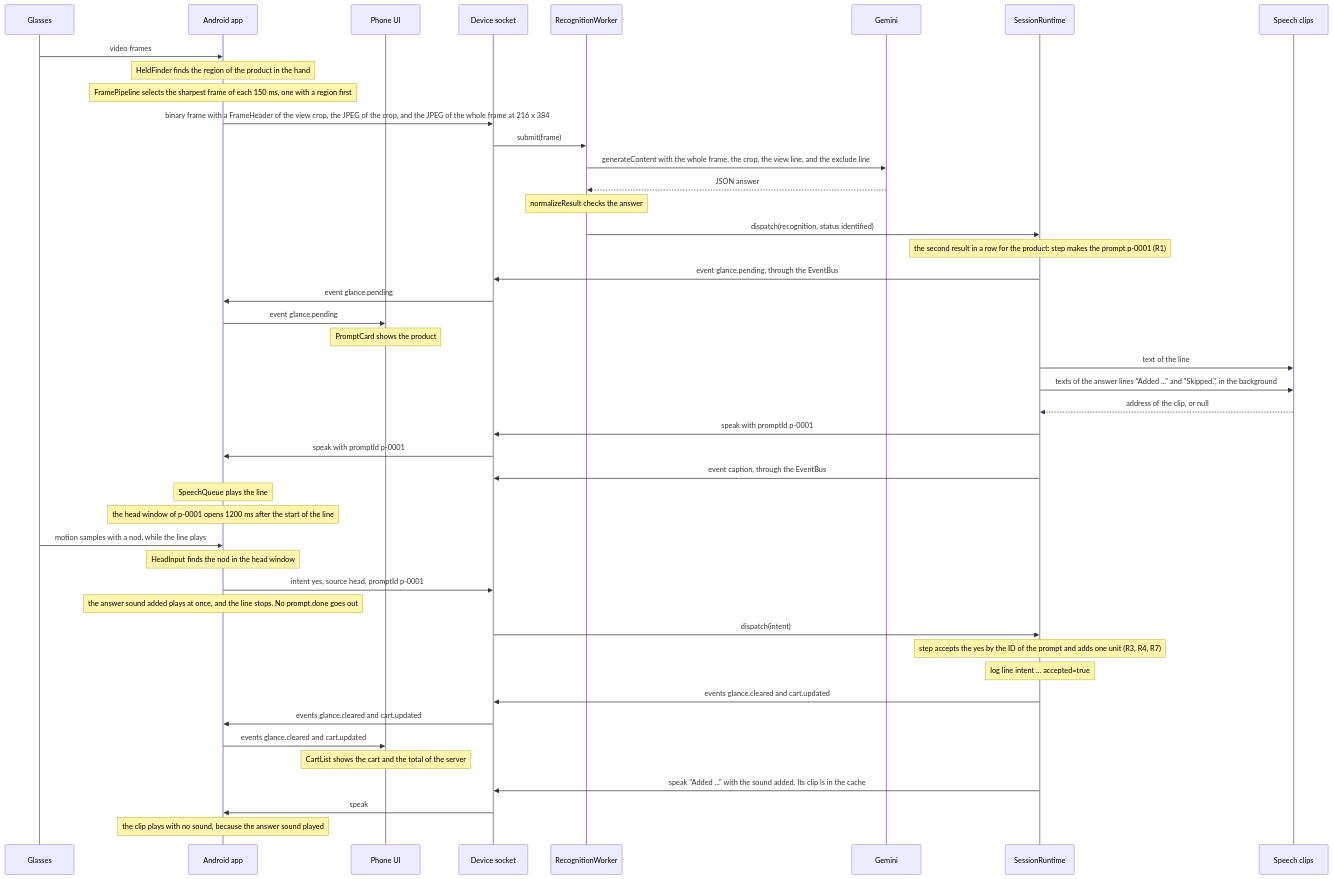
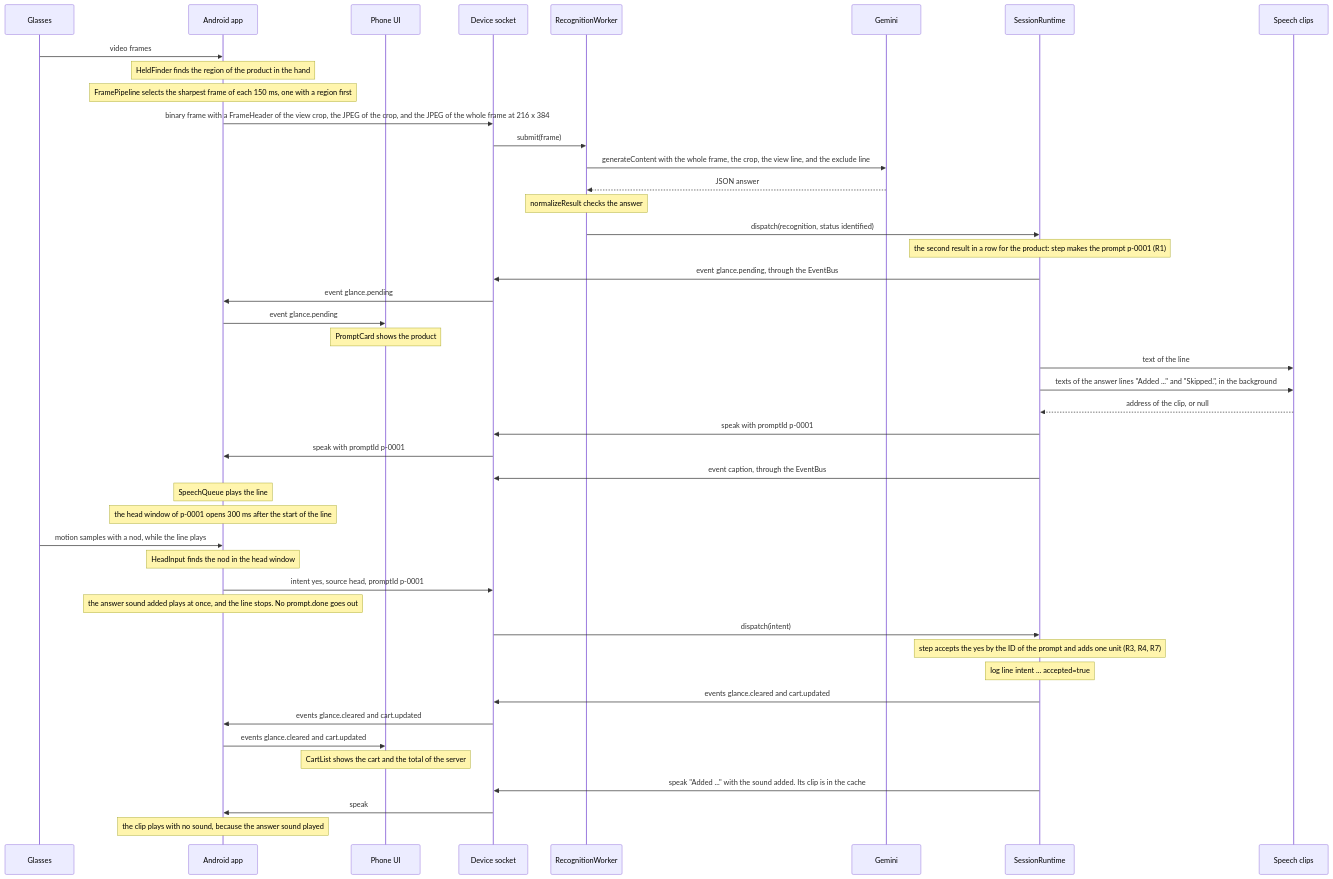
One commit to mrBymax/glance changed the second of 14 diagrams in docs/architecture.md. Above: the diagram before and after it, drawn with Mermaid. The commit also changed other lines of this file and 1 other file, not shown here.

Commit message:
docs: describe the head window that opens during the line of each prompt

````diff
--- a/docs/architecture.md
+++ b/docs/architecture.md
@@ -143,48 +143,48 @@
 ```mermaid
 sequenceDiagram
   participant Glasses
   participant App as Android app
   participant Page as Phone UI
   participant Socket as Device socket
   participant Worker as RecognitionWorker
   participant Gemini
   participant Runtime as SessionRuntime
   participant Clips as Speech clips
 
   Glasses->>App: video frames
   Note over App: HeldFinder finds the region of the product in the hand
   Note over App: FramePipeline selects the sharpest frame of each 150 ms, one with a region first
   App->>Socket: binary frame with a FrameHeader of the view crop, the JPEG of the crop, and the JPEG of the whole frame at 216 x 384
   Socket->>Worker: submit(frame)
   Worker->>Gemini: generateContent with the whole frame, the crop, the view line, and the exclude line
   Gemini-->>Worker: JSON answer
   Note over Worker: normalizeResult checks the answer
   Worker->>Runtime: dispatch(recognition, status identified)
   Note over Runtime: the second result in a row for the product: step makes the prompt p-0001 (R1)
   Runtime->>Socket: event glance.pending, through the EventBus
   Socket->>App: event glance.pending
   App->>Page: event glance.pending
   Note over Page: PromptCard shows the product
   Runtime->>Clips: text of the line
   Runtime->>Clips: texts of the answer lines "Added ..." and "Skipped.", in the background
   Clips-->>Runtime: address of the clip, or null
   Runtime->>Socket: speak with promptId p-0001
   Socket->>App: speak with promptId p-0001
   Runtime->>Socket: event caption, through the EventBus
   Note over App: SpeechQueue plays the line
-  Note over App: the head window of p-0001 opens 1200 ms after the start of the line
+  Note over App: the head window of p-0001 opens 300 ms after the start of the line
   Glasses->>App: motion samples with a nod, while the line plays
   Note over App: HeadInput finds the nod in the head window
   App->>Socket: intent yes, source head, promptId p-0001
   Note over App: the answer sound added plays at once, and the line stops. No prompt.done goes out
   Socket->>Runtime: dispatch(intent)
   Note over Runtime: step accepts the yes by the ID of the prompt and adds one unit (R3, R4, R7)
   Note over Runtime: log line intent ... accepted=true
   Runtime->>Socket: events glance.cleared and cart.updated
   Socket->>App: events glance.cleared and cart.updated
   App->>Page: events glance.cleared and cart.updated
   Note over Page: CartList shows the cart and the total of the server
   Runtime->>Socket: speak "Added ..." with the sound added. Its clip is in the cache
   Socket->>App: speak
   Note over App: the clip plays with no sound, because the answer sound played
 ```
````
